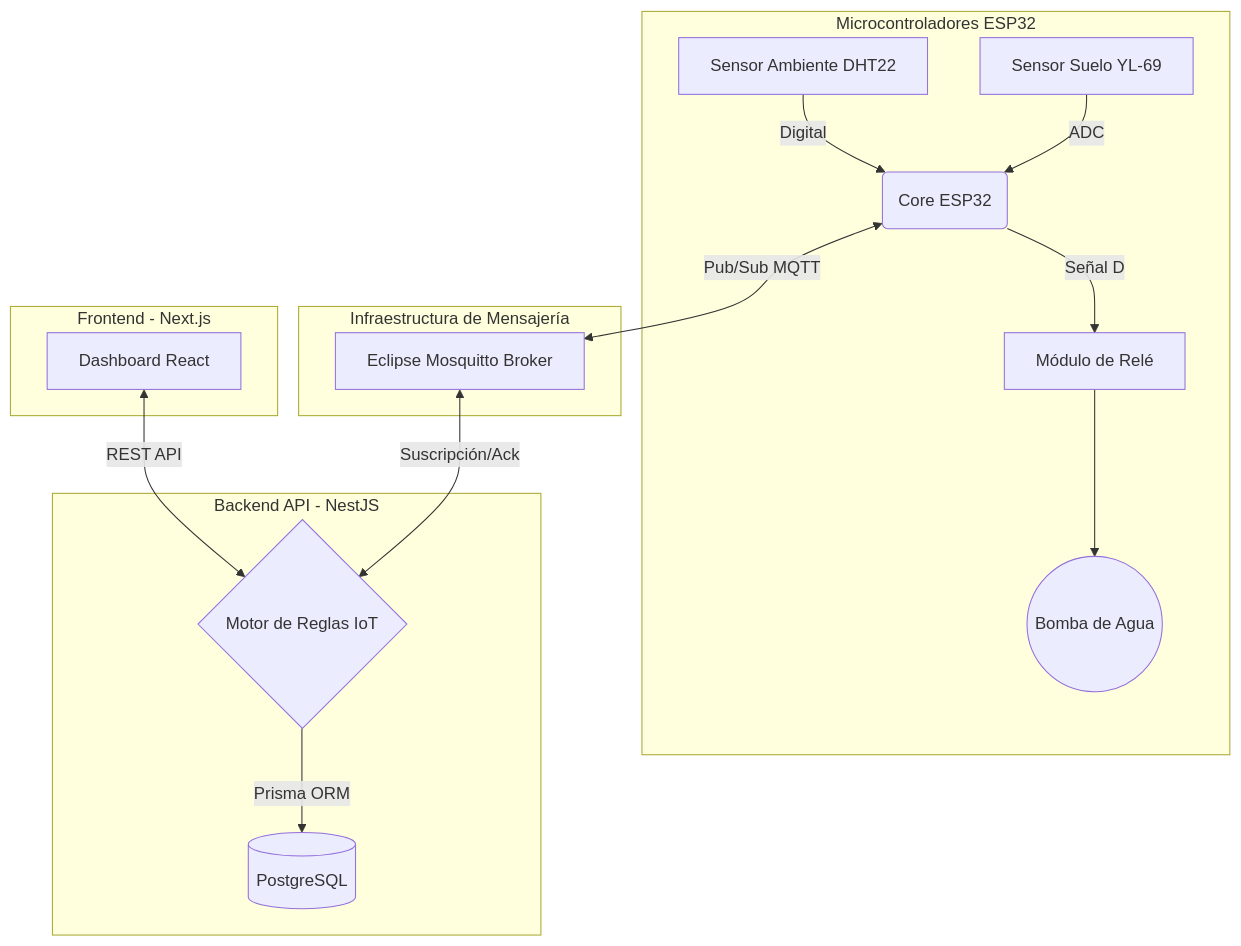
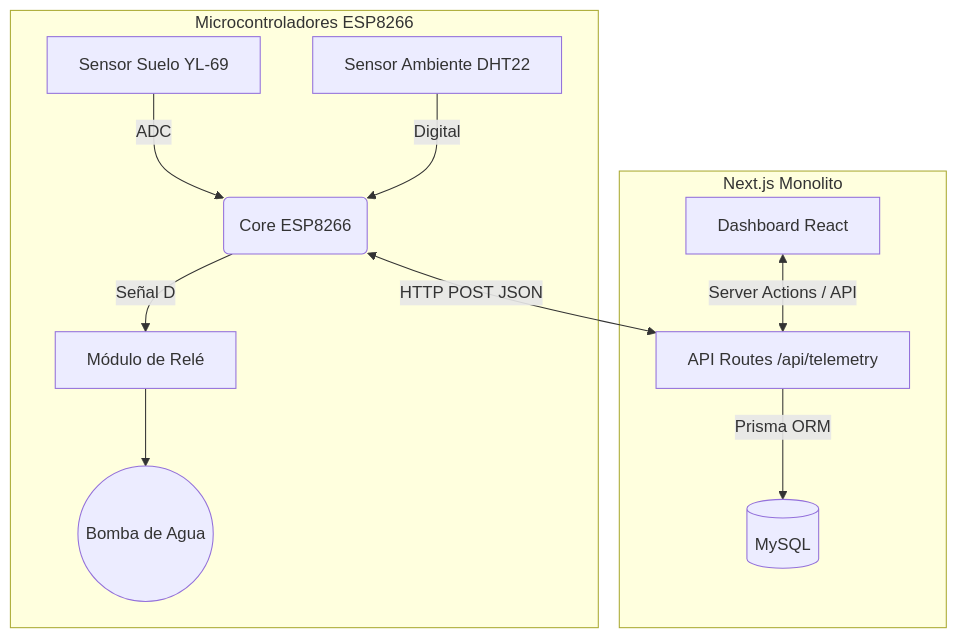
The diagram in README.md (stxtiz/FloraSense-Simplificado), drawn with Mermaid before and after one commit. The commit also changed other lines of this file and 3 other files, not shown here.

````diff
--- a/README.md
+++ b/README.md
@@ -27,22 +26,15 @@
 ```mermaid
 graph TD
-    subgraph Hardware Edge [Microcontroladores ESP32]
-        A[Sensor Suelo YL-69] -->|ADC| B(Core ESP32)
+    subgraph Hardware Edge [Microcontroladores ESP8266]
+        A[Sensor Suelo YL-69] -->|ADC| B(Core ESP8266)
         C[Sensor Ambiente DHT22] -->|Digital| B
         B -->|Señal D| D[Módulo de Relé]
         D --> E((Bomba de Agua))
     end
 
-    subgraph Infraestructura de Mensajería
-        B <-->|Pub/Sub MQTT| F[Eclipse Mosquitto Broker]
-    end
-
-    subgraph Servidor Cloud [Backend API - NestJS]
-        F <-->|Suscripción/Ack| G{Motor de Reglas IoT}
-        G -->|Prisma ORM| H[(PostgreSQL)]
-    end
-
-    subgraph Cliente de Usuario [Frontend - Next.js]
-        I[Dashboard React] <-->|REST API| G
+    subgraph Servidor Web [Next.js Monolito]
+        B <-->|HTTP POST JSON| F[API Routes /api/telemetry]
+        F -->|Prisma ORM| H[(MySQL)]
+        I[Dashboard React] <-->|Server Actions / API| F
     end
 ```
````
